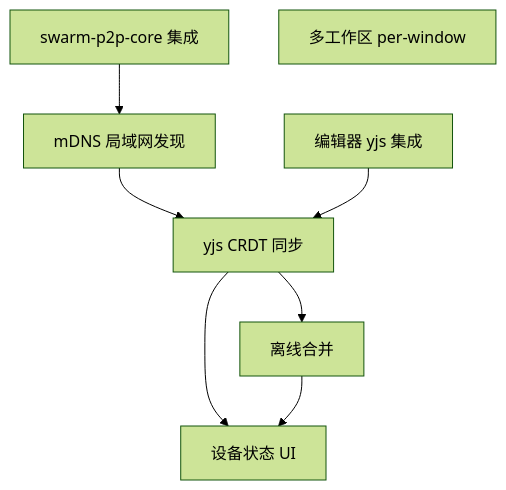
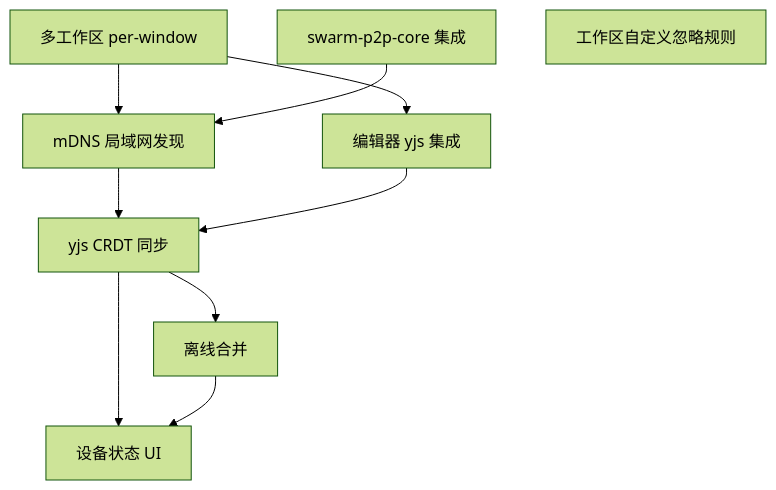
One commit to yexiyue/SwarmNote changed the diagram in milestones/v0.2.0/README.md. Above: the diagram before and after it, drawn with Mermaid (forest theme). The commit also changed other lines of this file and 21 other files, not shown here.

````diff
--- a/milestones/v0.2.0/README.md
+++ b/milestones/v0.2.0/README.md
@@ -34,17 +36,20 @@
 ```mermaid
 graph TD
+    MultiWS[多工作区 per-window]
     Core[swarm-p2p-core 集成]
-    MultiWS[多工作区 per-window]
+    IgnoreFilter[工作区自定义忽略规则]
     mDNS[mDNS 局域网发现]
     YjsEditor[编辑器 yjs 集成]
     CRDT[yjs CRDT 同步]
     Offline[离线合并]
     DeviceUI[设备状态 UI]
 
+    MultiWS --> mDNS
+    MultiWS --> YjsEditor
     Core --> mDNS
     mDNS --> CRDT
     YjsEditor --> CRDT
     CRDT --> Offline
     CRDT --> DeviceUI
     Offline --> DeviceUI
 ```
````
